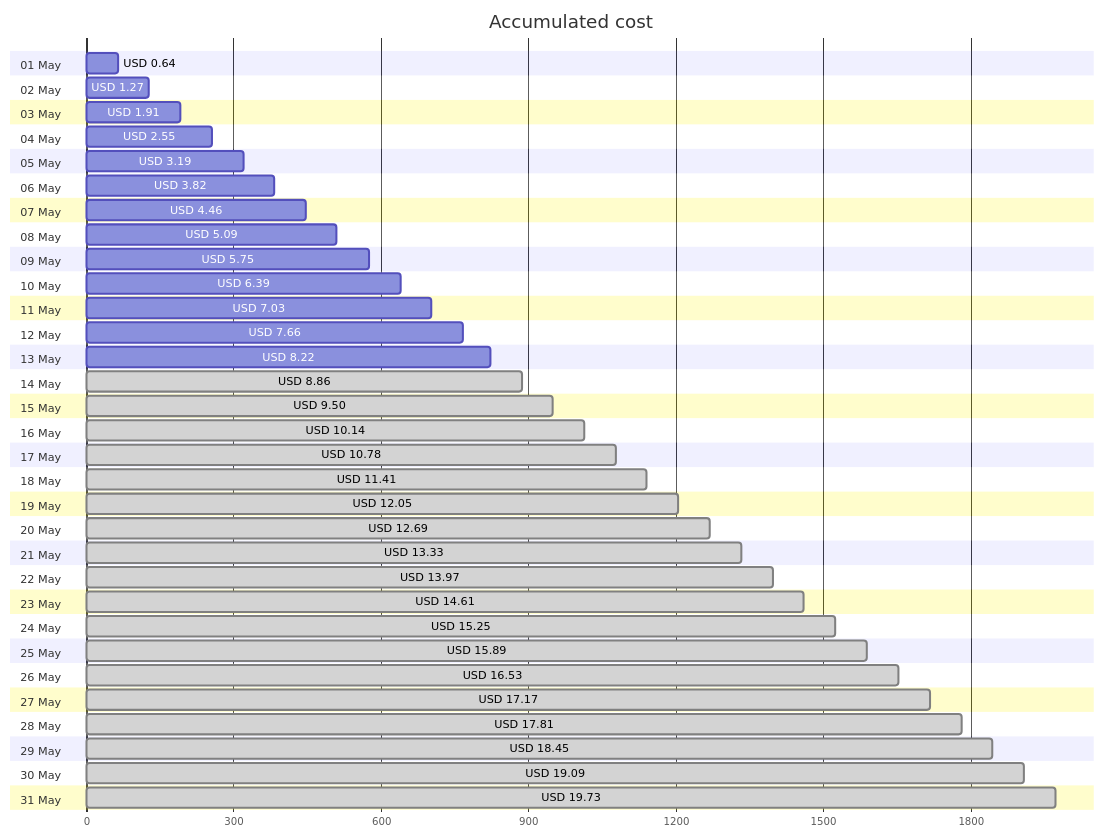
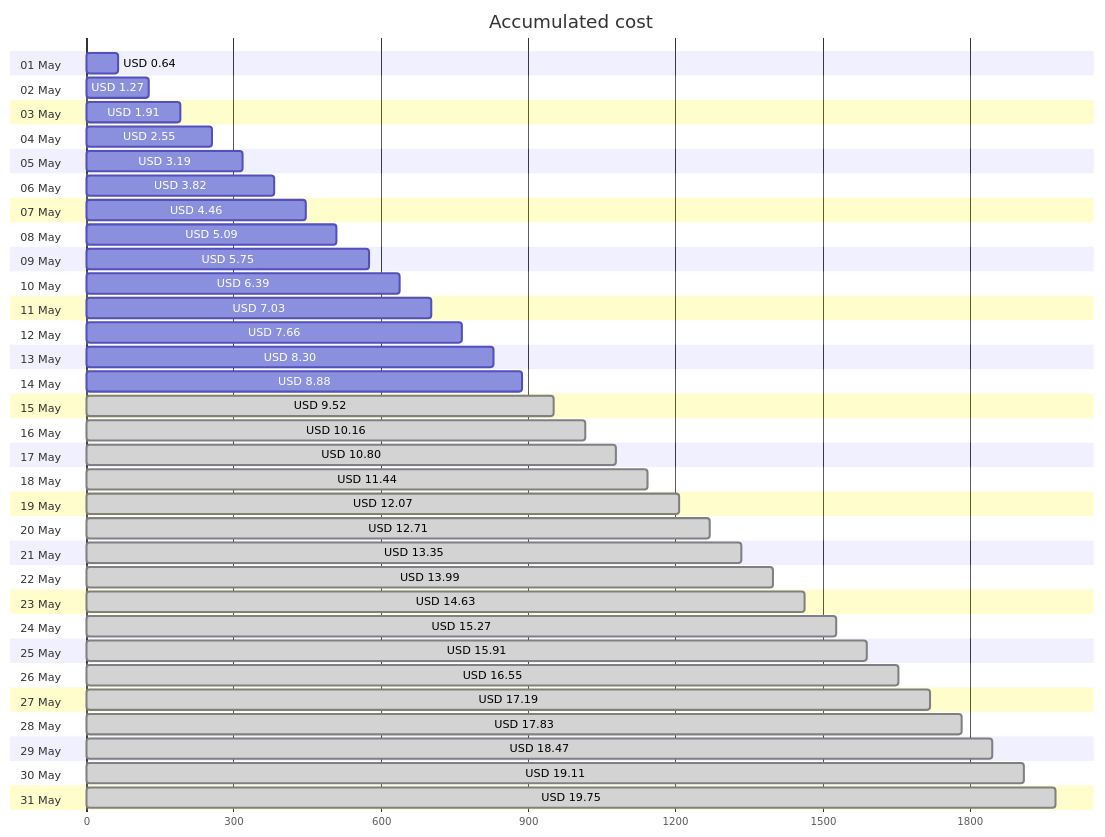
Before and after one commit to jpfulton/azure-personal-reports: the first of 4 diagrams in cost-reports/accumulated-cost.md, drawn with Mermaid. The commit also changed other lines of this file and 4 other files, not shown here.

````diff
--- a/cost-reports/accumulated-cost.md
+++ b/cost-reports/accumulated-cost.md
@@ -20,68 +20,68 @@
 ```mermaid
 gantt
    title Accumulated cost
    dateFormat  X
    axisFormat %s
    section 01 May
    USD 0.64 :0, 64
    section 02 May
    USD 1.27 :0, 127
    section 03 May
    USD 1.91 :0, 191
    section 04 May
    USD 2.55 :0, 255
    section 05 May
    USD 3.19 :0, 319
    section 06 May
    USD 3.82 :0, 382
    section 07 May
    USD 4.46 :0, 446
    section 08 May
    USD 5.09 :0, 509
    section 09 May
    USD 5.75 :0, 575
    section 10 May
    USD 6.39 :0, 639
    section 11 May
    USD 7.03 :0, 703
    section 12 May
    USD 7.66 :0, 766
    section 13 May
-   USD 8.22 :0, 822
+   USD 8.30 :0, 830
    section 14 May
-   USD 8.86 : done, 0, 886
+   USD 8.88 :0, 888
    section 15 May
-   USD 9.50 : done, 0, 950
+   USD 9.52 : done, 0, 952
    section 16 May
-   USD 10.14 : done, 0, 1014
+   USD 10.16 : done, 0, 1016
    section 17 May
-   USD 10.78 : done, 0, 1078
+   USD 10.80 : done, 0, 1080
    section 18 May
-   USD 11.41 : done, 0, 1141
+   USD 11.44 : done, 0, 1144
    section 19 May
-   USD 12.05 : done, 0, 1205
+   USD 12.07 : done, 0, 1207
    section 20 May
-   USD 12.69 : done, 0, 1269
+   USD 12.71 : done, 0, 1271
    section 21 May
-   USD 13.33 : done, 0, 1333
+   USD 13.35 : done, 0, 1335
    section 22 May
-   USD 13.97 : done, 0, 1397
+   USD 13.99 : done, 0, 1399
    section 23 May
-   USD 14.61 : done, 0, 1461
+   USD 14.63 : done, 0, 1463
    section 24 May
-   USD 15.25 : done, 0, 1525
+   USD 15.27 : done, 0, 1527
    section 25 May
-   USD 15.89 : done, 0, 1589
+   USD 15.91 : done, 0, 1591
    section 26 May
-   USD 16.53 : done, 0, 1653
+   USD 16.55 : done, 0, 1655
    section 27 May
-   USD 17.17 : done, 0, 1717
+   USD 17.19 : done, 0, 1719
    section 28 May
-   USD 17.81 : done, 0, 1781
+   USD 17.83 : done, 0, 1783
    section 29 May
-   USD 18.45 : done, 0, 1845
+   USD 18.47 : done, 0, 1847
    section 30 May
-   USD 19.09 : done, 0, 1909
+   USD 19.11 : done, 0, 1911
    section 31 May
-   USD 19.73 : done, 0, 1973
+   USD 19.75 : done, 0, 1975
 ```
````
